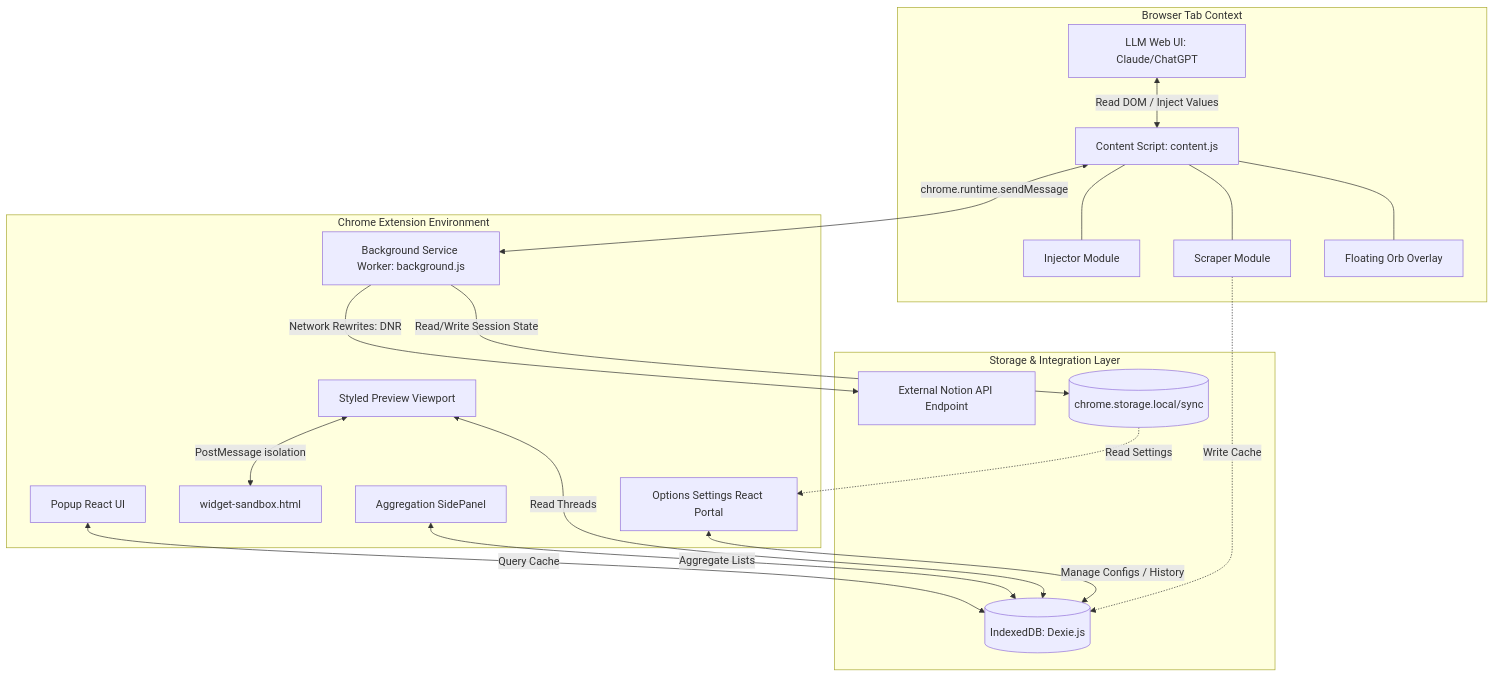
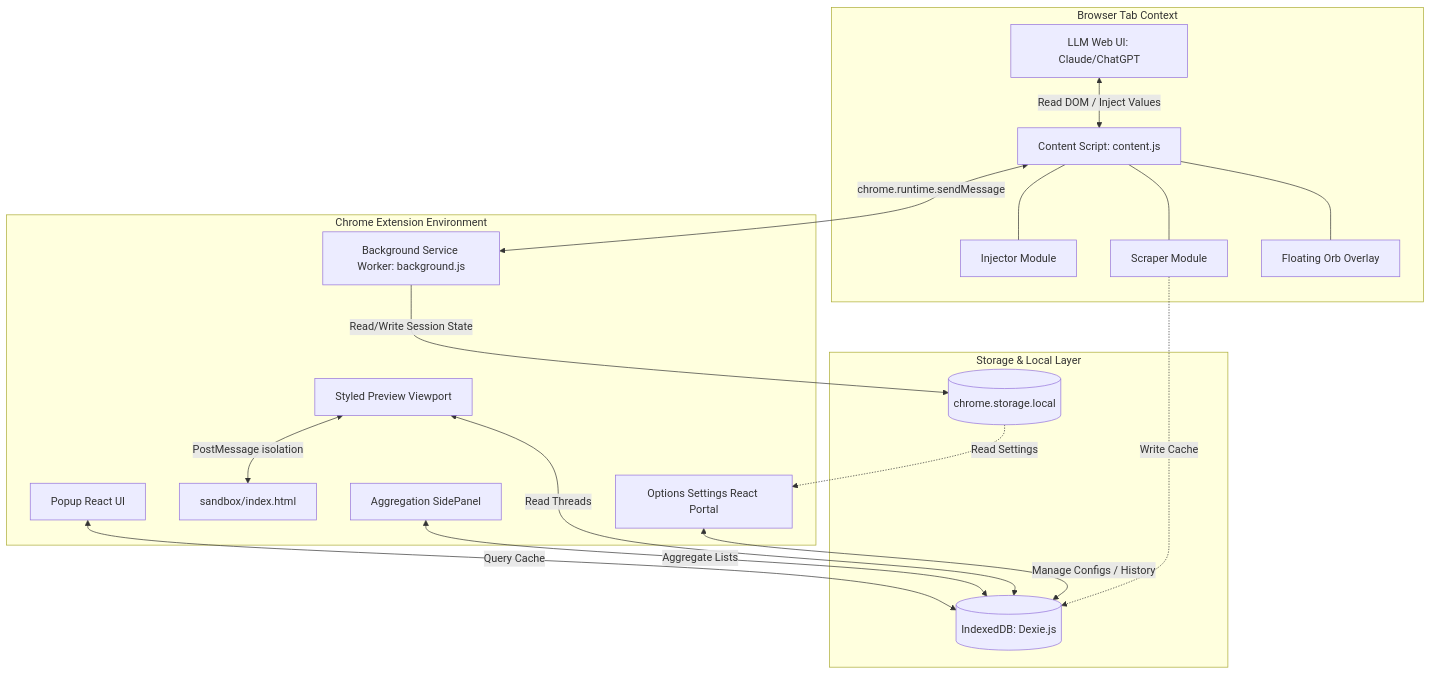
Before and after one commit to Navaneeth187/Omniscribe-EXTN: the first of 4 diagrams in audits/technical_architecture_omniscribe_ai.md, drawn with Mermaid. The commit also changed other lines of this file and 23 other files, not shown here.

````diff
--- a/audits/technical_architecture_omniscribe_ai.md
+++ b/audits/technical_architecture_omniscribe_ai.md
@@ -16,47 +16,45 @@
 ```mermaid
 graph TB
     subgraph Browser Tab Context
         LLM_Page[LLM Web UI: Claude/ChatGPT]
         C_Script[Content Script: content.js]
         Orb_UI[Floating Orb Overlay]
         Scrape_Mod[Scraper Module]
         Inject_Mod[Injector Module]
     end
 
     subgraph Chrome Extension Environment
         SW[Background Service Worker: background.js]
         Popup[Popup React UI]
         Options[Options Settings React Portal]
         Preview[Styled Preview Viewport]
         Sidepanel[Aggregation SidePanel]
-        Sandbox[widget-sandbox.html]
+        Sandbox[sandbox/index.html]
     end
 
-    subgraph Storage & Integration Layer
+    subgraph Storage & Local Layer
         DB[(IndexedDB: Dexie.js)]
-        LocalSync[(chrome.storage.local/sync)]
-        Notion[External Notion API Endpoint]
+        LocalSync[(chrome.storage.local)]
     end
 
     %% DOM interactions
     LLM_Page <-->|Read DOM / Inject Values| C_Script
     C_Script --- Orb_UI
     C_Script --- Scrape_Mod
     C_Script --- Inject_Mod
 
     %% Communication channels
     C_Script <-->|chrome.runtime.sendMessage| SW
     Popup <-->|Query Cache| DB
     Options <-->|Manage Configs / History| DB
     Preview <-->|Read Threads| DB
     Sidepanel <-->|Aggregate Lists| DB
     Preview <-->|PostMessage isolation| Sandbox
 
     %% Background tasks
     SW -->|Read/Write Session State| LocalSync
-    SW -->|Network Rewrites: DNR| Notion
     
     %% Storage references
     Scrape_Mod -.->|Write Cache| DB
     LocalSync -.->|Read Settings| Options
 ```
````
